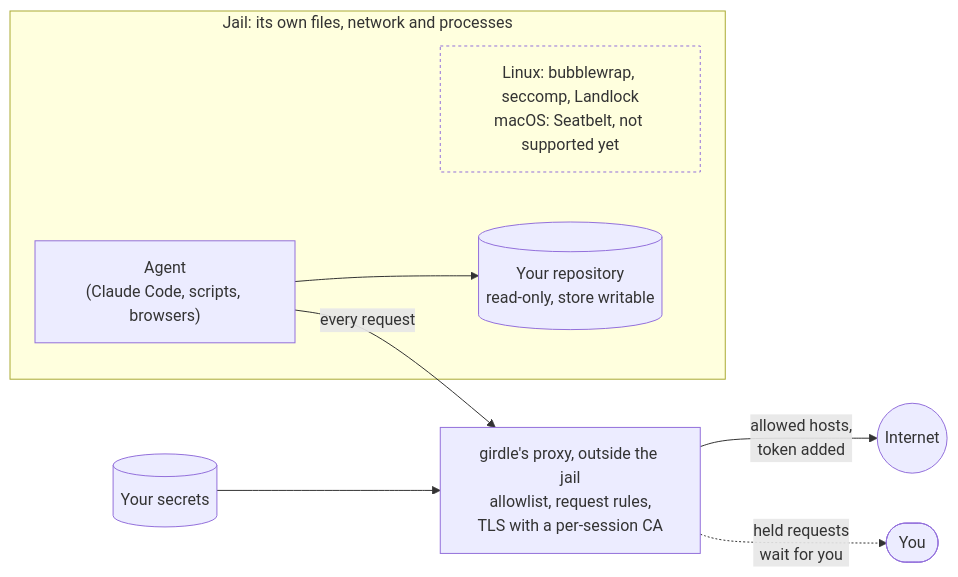
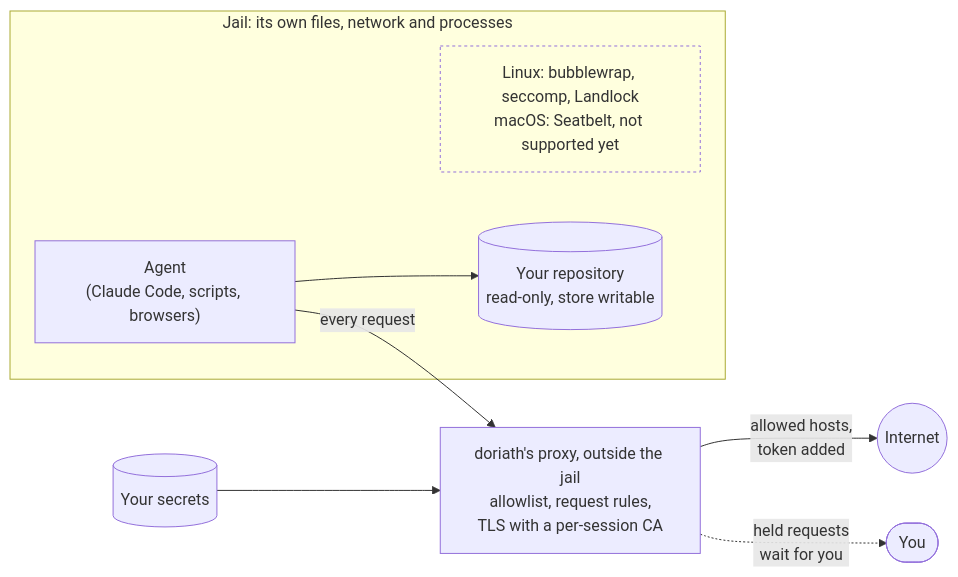
Before and after one commit to fnune/doriath: the diagram in README.md, drawn with Mermaid. The commit also changed other lines of this file and 126 other files, not shown here.

````diff
--- a/README.md
+++ b/README.md
@@ -57,22 +57,22 @@
 ```mermaid
 flowchart LR
     subgraph jail["Jail: its own files, network and processes"]
         tech["Linux: bubblewrap, seccomp, Landlock<br/>macOS: Seatbelt, not supported yet"]
         agent["Agent<br/>(Claude Code, scripts, browsers)"]
         repo[("Your repository<br/>read-only, store writable")]
         agent --> repo
     end
 
-    proxy["girdle's proxy, outside the jail<br/>allowlist, request rules,<br/>TLS with a per-session CA"]
+    proxy["doriath's proxy, outside the jail<br/>allowlist, request rules,<br/>TLS with a per-session CA"]
 
     secrets[("Your secrets")]
     you(["You"])
     internet(("Internet"))
 
     agent -- "every request" --> proxy
     proxy -- "allowed hosts,<br/>token added" --> internet
     proxy -. "held requests<br/>wait for you" .-> you
     secrets --> proxy
 
     style tech fill:none,stroke-dasharray:3 3
 ```
````
